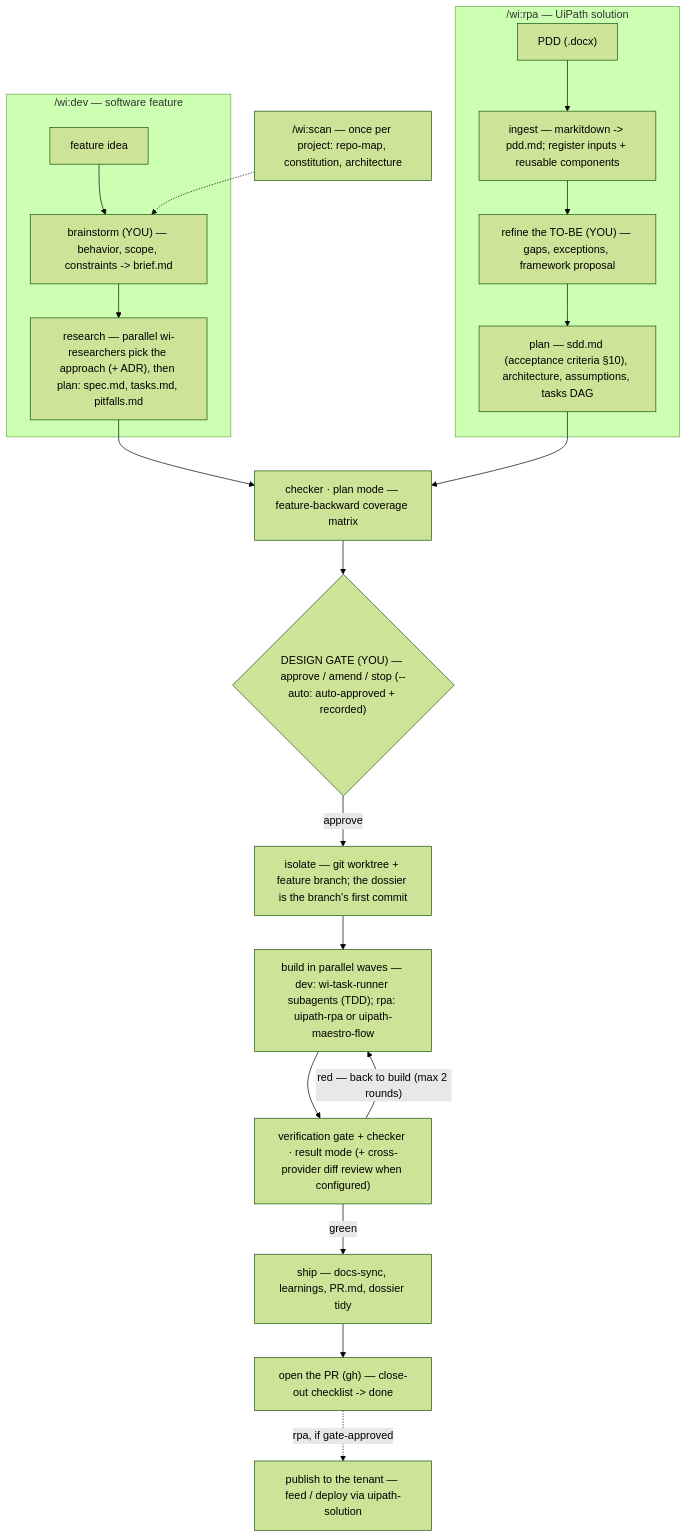
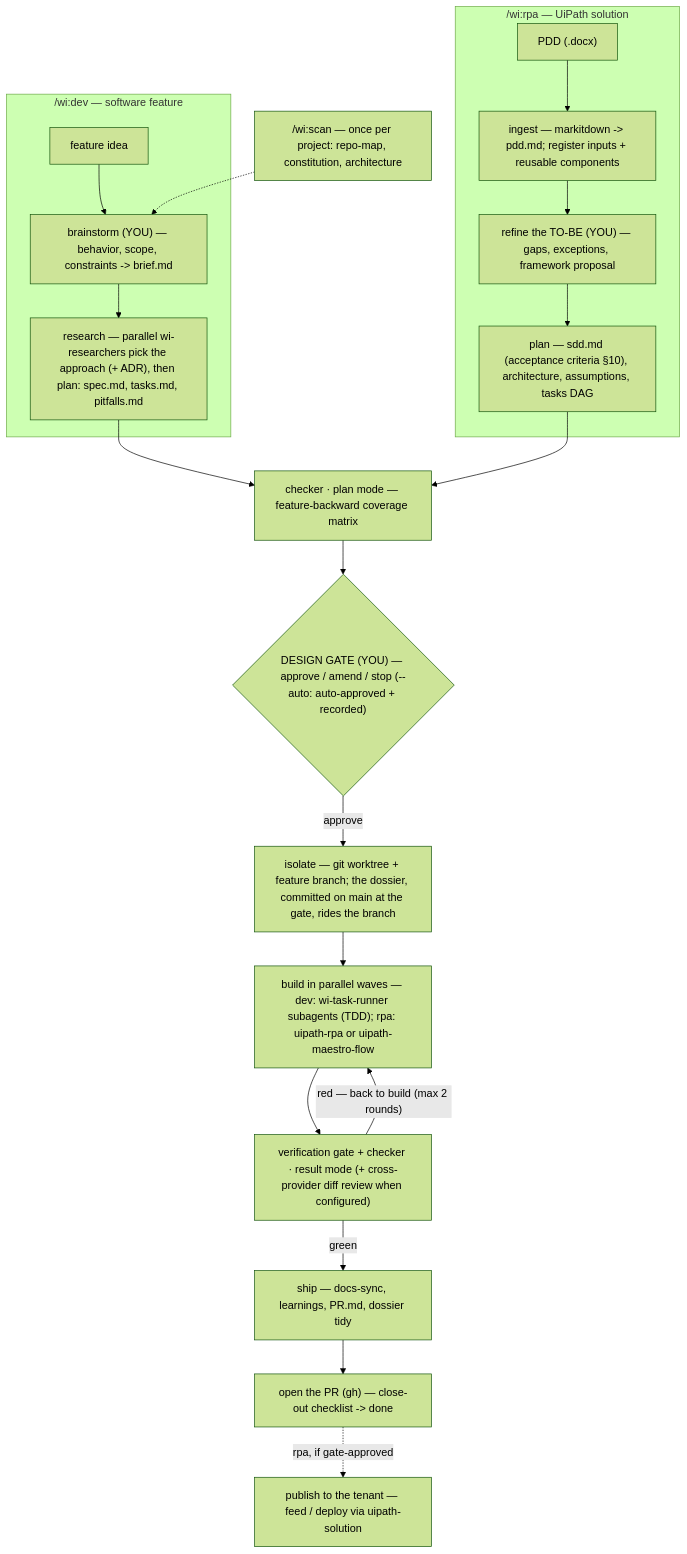
Before and after one commit to Wittenberger-Industries/witloop: the diagram in README.md, drawn with Mermaid (forest theme). The commit also changed other lines of this file and 21 other files, not shown here.

````diff
--- a/README.md
+++ b/README.md
@@ -82,26 +82,26 @@
 ```mermaid
 flowchart TD
   subgraph devlane["/wi:dev — software feature"]
     idea["feature idea"] --> brainstorm["brainstorm (YOU) — behavior, scope, constraints -> brief.md"]
     brainstorm --> planp["research — parallel wi-researchers pick the approach (+ ADR), then plan: spec.md, tasks.md, pitfalls.md"]
   end
 
   subgraph rpalane["/wi:rpa — UiPath solution"]
     pddin["PDD (.docx)"] --> ingest["ingest — markitdown -> pdd.md; register inputs + reusable components"]
     ingest --> tobe["refine the TO-BE (YOU) — gaps, exceptions, framework proposal"]
     tobe --> sddplan["plan — sdd.md (acceptance criteria §10), architecture, assumptions, tasks DAG"]
   end
 
   scan["/wi:scan — once per project: repo-map, constitution, architecture"] -.-> brainstorm
 
   planp --> precheck["checker · plan mode — feature-backward coverage matrix"]
   sddplan --> precheck
   precheck --> gate{"DESIGN GATE (YOU) — approve / amend / stop (--auto: auto-approved + recorded)"}
-  gate -->|approve| isolate["isolate — git worktree + feature branch; the dossier is the branch's first commit"]
+  gate -->|approve| isolate["isolate — git worktree + feature branch; the dossier, committed on main at the gate, rides the branch"]
   isolate --> build["build in parallel waves — dev: wi-task-runner subagents (TDD); rpa: uipath-rpa or uipath-maestro-flow"]
   build --> verify["verification gate + checker · result mode (+ cross-provider diff review when configured)"]
   verify -->|"red — back to build (max 2 rounds)"| build
   verify -->|green| ship["ship — docs-sync, learnings, PR.md, dossier tidy"]
   ship --> pr["open the PR (gh) — close-out checklist -> done"]
   pr -.->|"rpa, if gate-approved"| publish["publish to the tenant — feed / deploy via uipath-solution"]
 ```
````
